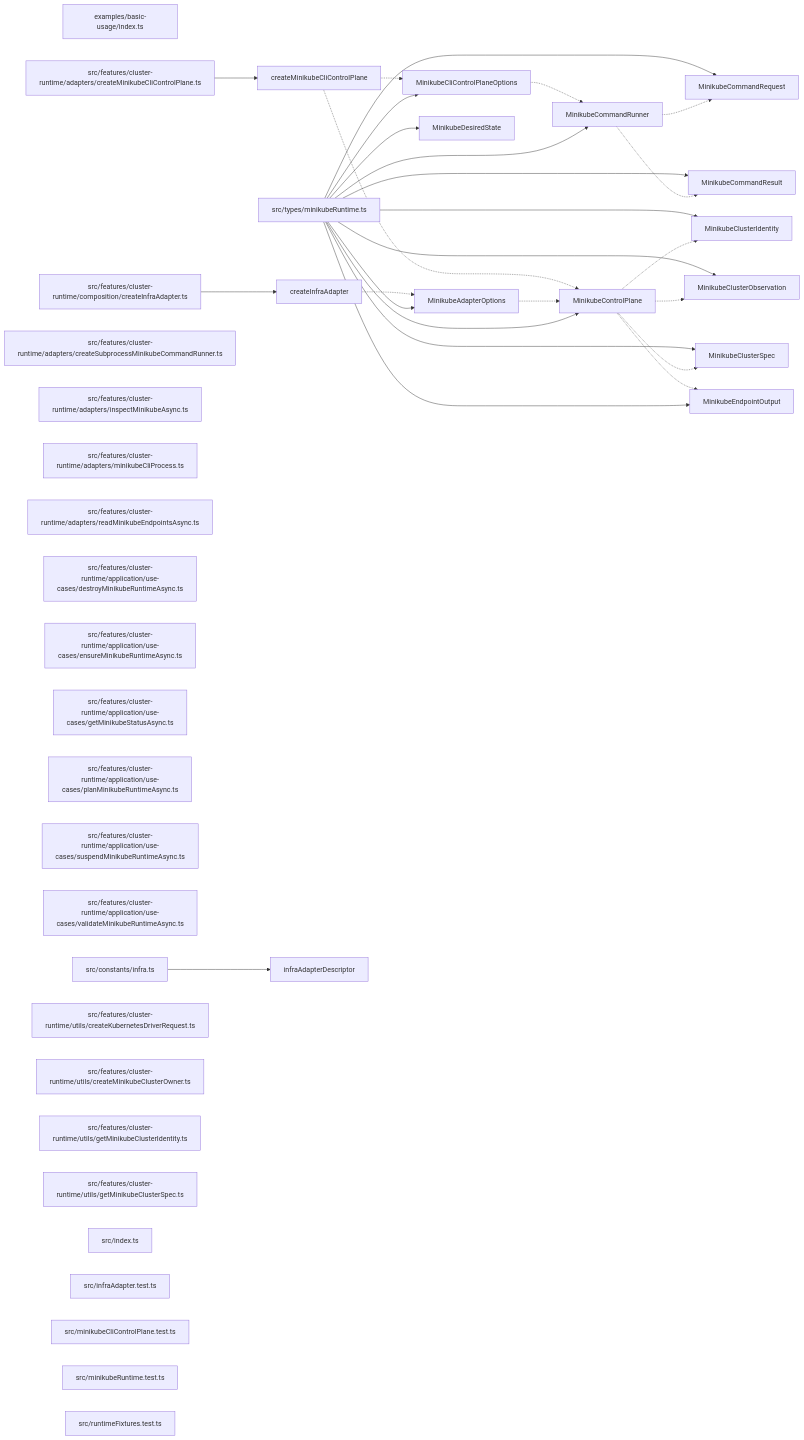
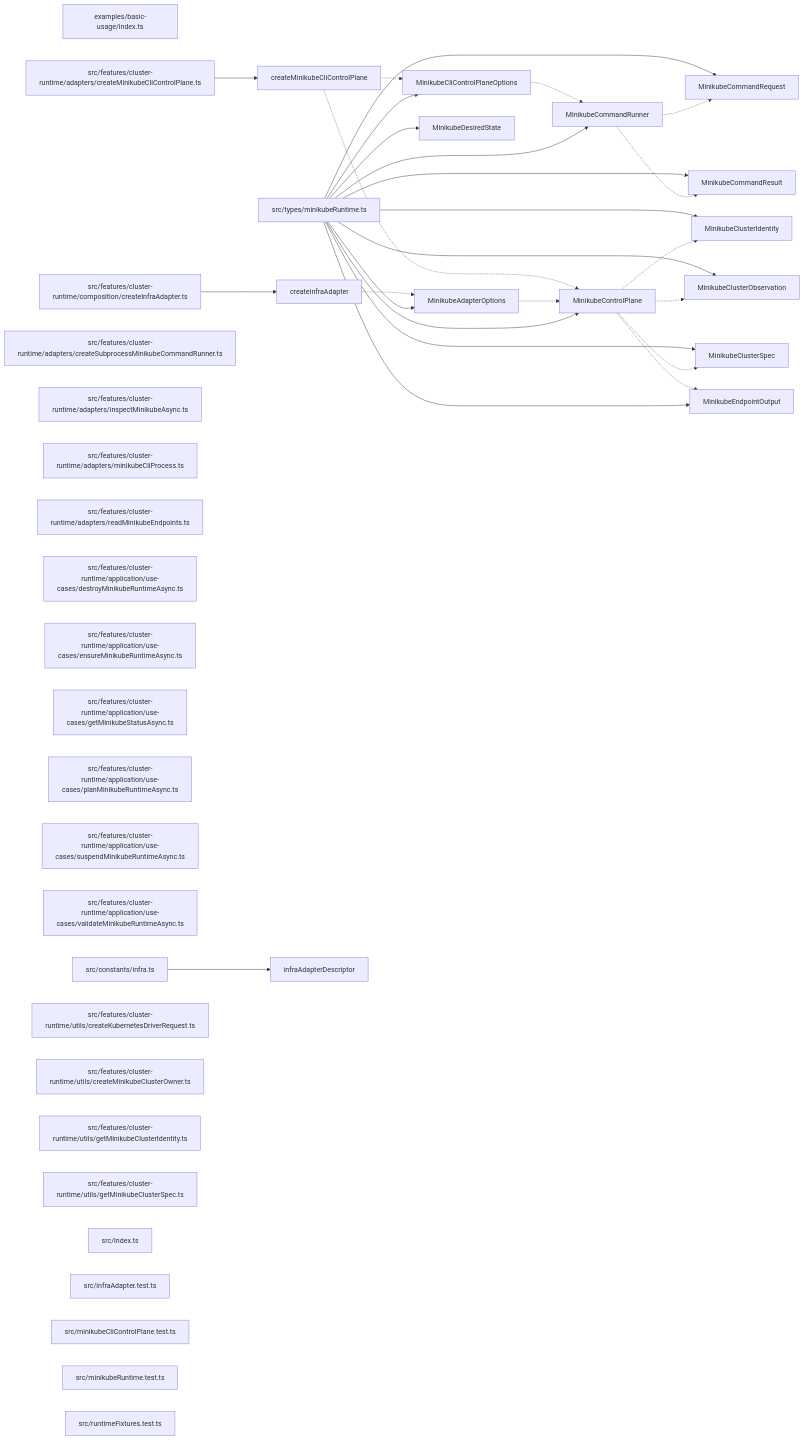
Before and after one commit to ankhorage/minikube: the diagram in paradox/diagrams/export-graph.mmd, drawn with Mermaid. The commit also changed 20 other files, not shown here.

```diff
--- a/paradox/diagrams/export-graph.mmd
+++ b/paradox/diagrams/export-graph.mmd
@@ -1,64 +1,64 @@
 graph LR
   module_examples_basic_usage_index_ts["examples/basic-usage/index.ts"]
   module_src_constants_infra_ts["src/constants/infra.ts"]
   module_src_features_cluster_runtime_adapters_createMinikubeCliControlPlane_ts["src/features/cluster-runtime/adapters/createMinikubeCliControlPlane.ts"]
   module_src_features_cluster_runtime_adapters_createSubprocessMinikubeCommandRunner_ts["src/features/cluster-runtime/adapters/createSubprocessMinikubeCommandRunner.ts"]
   module_src_features_cluster_runtime_adapters_inspectMinikubeAsync_ts["src/features/cluster-runtime/adapters/inspectMinikubeAsync.ts"]
   module_src_features_cluster_runtime_adapters_minikubeCliProcess_ts["src/features/cluster-runtime/adapters/minikubeCliProcess.ts"]
-  module_src_features_cluster_runtime_adapters_readMinikubeEndpointsAsync_ts["src/features/cluster-runtime/adapters/readMinikubeEndpointsAsync.ts"]
+  module_src_features_cluster_runtime_adapters_readMinikubeEndpoints_ts["src/features/cluster-runtime/adapters/readMinikubeEndpoints.ts"]
   module_src_features_cluster_runtime_application_use_cases_destroyMinikubeRuntimeAsync_ts["src/features/cluster-runtime/application/use-cases/destroyMinikubeRuntimeAsync.ts"]
   module_src_features_cluster_runtime_application_use_cases_ensureMinikubeRuntimeAsync_ts["src/features/cluster-runtime/application/use-cases/ensureMinikubeRuntimeAsync.ts"]
   module_src_features_cluster_runtime_application_use_cases_getMinikubeStatusAsync_ts["src/features/cluster-runtime/application/use-cases/getMinikubeStatusAsync.ts"]
   module_src_features_cluster_runtime_application_use_cases_planMinikubeRuntimeAsync_ts["src/features/cluster-runtime/application/use-cases/planMinikubeRuntimeAsync.ts"]
   module_src_features_cluster_runtime_application_use_cases_suspendMinikubeRuntimeAsync_ts["src/features/cluster-runtime/application/use-cases/suspendMinikubeRuntimeAsync.ts"]
   module_src_features_cluster_runtime_application_use_cases_validateMinikubeRuntimeAsync_ts["src/features/cluster-runtime/application/use-cases/validateMinikubeRuntimeAsync.ts"]
   module_src_features_cluster_runtime_composition_createInfraAdapter_ts["src/features/cluster-runtime/composition/createInfraAdapter.ts"]
   module_src_features_cluster_runtime_utils_createKubernetesDriverRequest_ts["src/features/cluster-runtime/utils/createKubernetesDriverRequest.ts"]
   module_src_features_cluster_runtime_utils_createMinikubeClusterOwner_ts["src/features/cluster-runtime/utils/createMinikubeClusterOwner.ts"]
   module_src_features_cluster_runtime_utils_getMinikubeClusterIdentity_ts["src/features/cluster-runtime/utils/getMinikubeClusterIdentity.ts"]
   module_src_features_cluster_runtime_utils_getMinikubeClusterSpec_ts["src/features/cluster-runtime/utils/getMinikubeClusterSpec.ts"]
   module_src_index_ts["src/index.ts"]
   module_src_infraAdapter_test_ts["src/infraAdapter.test.ts"]
   module_src_minikubeCliControlPlane_test_ts["src/minikubeCliControlPlane.test.ts"]
   module_src_minikubeRuntime_test_ts["src/minikubeRuntime.test.ts"]
   module_src_runtimeFixtures_test_ts["src/runtimeFixtures.test.ts"]
   module_src_types_minikubeRuntime_ts["src/types/minikubeRuntime.ts"]
   export_createInfraAdapter["createInfraAdapter"]
   module_src_features_cluster_runtime_composition_createInfraAdapter_ts --> export_createInfraAdapter
   export_createInfraAdapter -.-> export_MinikubeAdapterOptions
   export_createMinikubeCliControlPlane["createMinikubeCliControlPlane"]
   module_src_features_cluster_runtime_adapters_createMinikubeCliControlPlane_ts --> export_createMinikubeCliControlPlane
   export_createMinikubeCliControlPlane -.-> export_MinikubeCliControlPlaneOptions
   export_createMinikubeCliControlPlane -.-> export_MinikubeControlPlane
   export_infraAdapterDescriptor["infraAdapterDescriptor"]
   module_src_constants_infra_ts --> export_infraAdapterDescriptor
   export_MinikubeAdapterOptions["MinikubeAdapterOptions"]
   module_src_types_minikubeRuntime_ts --> export_MinikubeAdapterOptions
   export_MinikubeAdapterOptions -.-> export_MinikubeControlPlane
   export_MinikubeCliControlPlaneOptions["MinikubeCliControlPlaneOptions"]
   module_src_types_minikubeRuntime_ts --> export_MinikubeCliControlPlaneOptions
   export_MinikubeCliControlPlaneOptions -.-> export_MinikubeCommandRunner
   export_MinikubeClusterIdentity["MinikubeClusterIdentity"]
   module_src_types_minikubeRuntime_ts --> export_MinikubeClusterIdentity
   export_MinikubeClusterObservation["MinikubeClusterObservation"]
   module_src_types_minikubeRuntime_ts --> export_MinikubeClusterObservation
   export_MinikubeClusterSpec["MinikubeClusterSpec"]
   module_src_types_minikubeRuntime_ts --> export_MinikubeClusterSpec
   export_MinikubeCommandRequest["MinikubeCommandRequest"]
   module_src_types_minikubeRuntime_ts --> export_MinikubeCommandRequest
   export_MinikubeCommandResult["MinikubeCommandResult"]
   module_src_types_minikubeRuntime_ts --> export_MinikubeCommandResult
   export_MinikubeCommandRunner["MinikubeCommandRunner"]
   module_src_types_minikubeRuntime_ts --> export_MinikubeCommandRunner
   export_MinikubeCommandRunner -.-> export_MinikubeCommandRequest
   export_MinikubeCommandRunner -.-> export_MinikubeCommandResult
   export_MinikubeControlPlane["MinikubeControlPlane"]
   module_src_types_minikubeRuntime_ts --> export_MinikubeControlPlane
   export_MinikubeControlPlane -.-> export_MinikubeClusterIdentity
   export_MinikubeControlPlane -.-> export_MinikubeClusterObservation
   export_MinikubeControlPlane -.-> export_MinikubeClusterSpec
   export_MinikubeControlPlane -.-> export_MinikubeEndpointOutput
   export_MinikubeDesiredState["MinikubeDesiredState"]
   module_src_types_minikubeRuntime_ts --> export_MinikubeDesiredState
   export_MinikubeEndpointOutput["MinikubeEndpointOutput"]
   module_src_types_minikubeRuntime_ts --> export_MinikubeEndpointOutput
```
